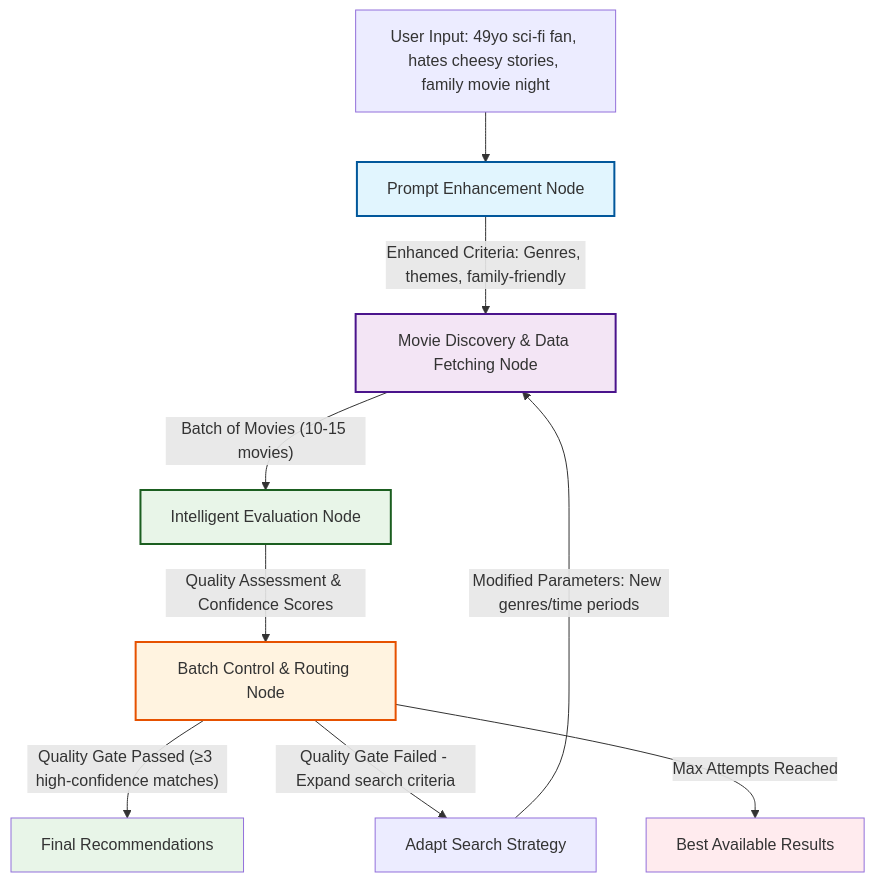
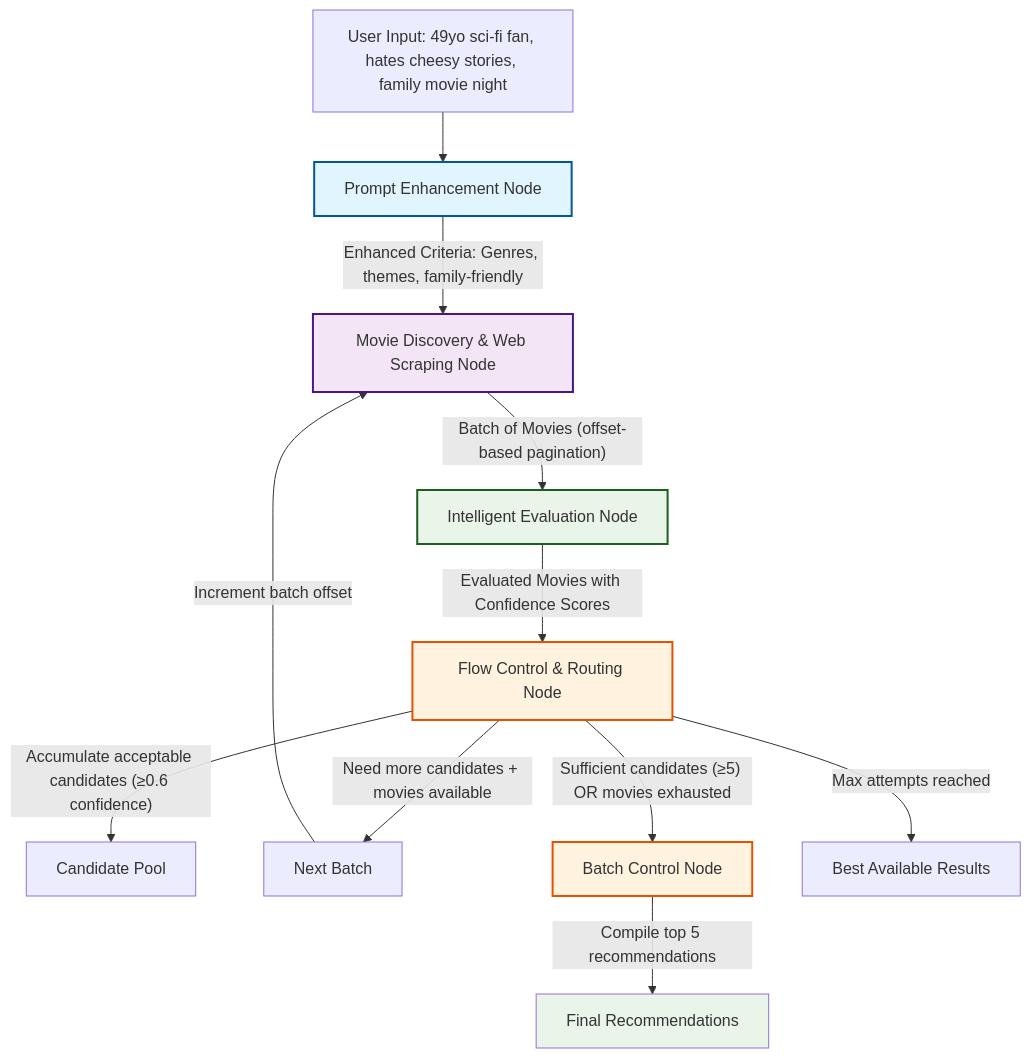
The diagram in packages/agent/DESIGN.md (ciberado/agentic-videoclub), drawn with Mermaid before and after one commit. The commit also changed other lines of this file, not shown here.

````diff
--- a/packages/agent/DESIGN.md
+++ b/packages/agent/DESIGN.md
@@ -18,33 +20,38 @@
 ```mermaid
 graph TD
     A["User Input: 49yo sci-fi fan, hates cheesy stories, family movie night"] --> B[Prompt Enhancement Node]
     
-    B --> |"Enhanced Criteria: Genres, themes, family-friendly"| C[Movie Discovery & Data Fetching Node]
+    B --> |"Enhanced Criteria: Genres, themes, family-friendly"| C[Movie Discovery & Web Scraping Node]
     
-    C --> |"Batch of Movies (10-15 movies)"| D[Intelligent Evaluation Node]
+    C --> |"Batch of Movies (offset-based pagination)"| D[Intelligent Evaluation Node]
     
-    D --> |"Quality Assessment & Confidence Scores"| E[Batch Control & Routing Node]
+    D --> |"Evaluated Movies with Confidence Scores"| E[Flow Control & Routing Node]
     
-    E --> |"Quality Gate Passed (≥3 high-confidence matches)"| F[Final Recommendations]
+    E --> |"Accumulate acceptable candidates (≥0.6 confidence)"| F[Candidate Pool]
     
-    E --> |"Quality Gate Failed - Expand search criteria"| G[Adapt Search Strategy]
-    G --> |"Modified Parameters: New genres/time periods"| C
+    E --> |"Need more candidates + movies available"| G[Next Batch]
+    G --> |"Increment batch offset"| C
     
-    E --> |"Max Attempts Reached"| H[Best Available Results]
+    E --> |"Sufficient candidates (≥5) OR movies exhausted"| H[Batch Control Node]
+    
+    H --> |"Compile top 5 recommendations"| I[Final Recommendations]
+    
+    E --> |"Max attempts reached"| J[Best Available Results]
     
     style B fill:#e1f5fe
+    style C fill:#f3e5f5
     style D fill:#e8f5e8
     style E fill:#fff3e0
-    style F fill:#e8f5e8
-    style H fill:#ffebee
+    style H fill:#fff3e0
+    style I fill:#e8f5e8
     
     classDef llmNode fill:#e1f5fe,stroke:#01579b,stroke-width:2px
-    classDef deterministic fill:#f3e5f5,stroke:#4a148c,stroke-width:2px
+    classDef webScraping fill:#f3e5f5,stroke:#4a148c,stroke-width:2px
     classDef evaluation fill:#e8f5e8,stroke:#1b5e20,stroke-width:2px
     classDef routing fill:#fff3e0,stroke:#e65100,stroke-width:2px
     
     class B llmNode
-    class C deterministic
+    class C webScraping
     class D evaluation
-    class E routing
+    class E,H routing
 ```
````
